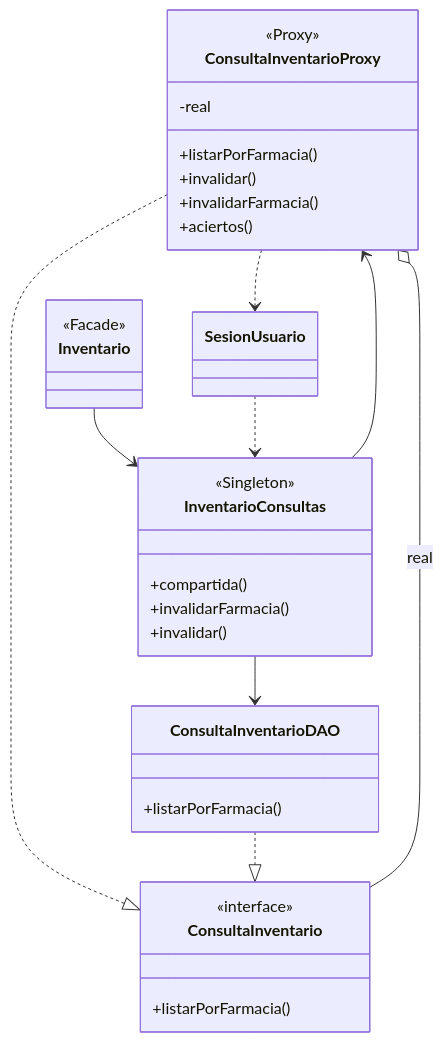
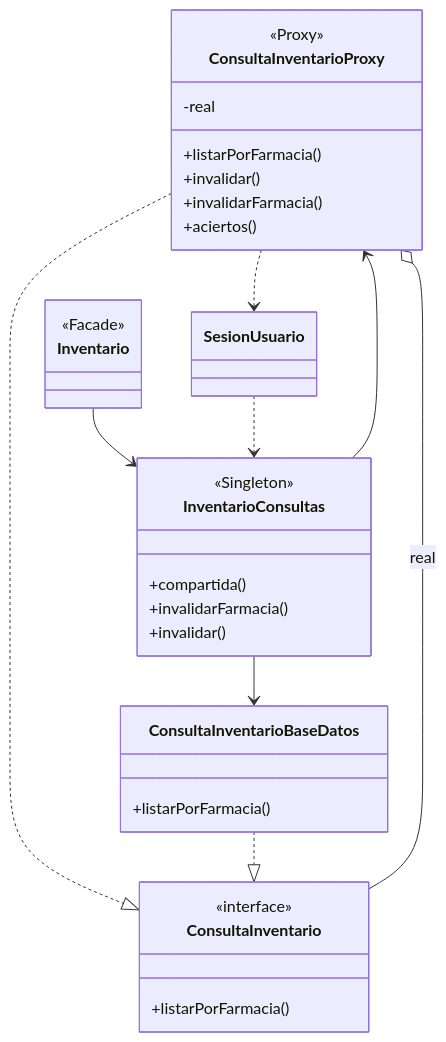
Before and after one commit to puj-course/FIS_2630_1204_G1: the diagram in docs/architecture/design/PATRON_PROXY_CONSULTA_INVENTARIO.md, drawn with Mermaid. The commit also changed other lines of this file and 121 other files, not shown here.

````diff
--- a/docs/architecture/design/PATRON_PROXY_CONSULTA_INVENTARIO.md
+++ b/docs/architecture/design/PATRON_PROXY_CONSULTA_INVENTARIO.md
@@ -13,38 +13,38 @@
 ```mermaid
 classDiagram
     direction TB
     class ConsultaInventario {
         <<interface>>
         +listarPorFarmacia()
     }
     class ConsultaInventarioProxy {
         <<Proxy>>
         -real
         +listarPorFarmacia()
         +invalidar()
         +invalidarFarmacia()
         +aciertos()
     }
-    class ConsultaInventarioDAO {
+    class ConsultaInventarioBaseDatos {
         +listarPorFarmacia()
     }
     class InventarioConsultas {
         <<Singleton>>
         +compartida()
         +invalidarFarmacia()
         +invalidar()
     }
     class Inventario {
         <<Facade>>
     }
     class SesionUsuario
 
     ConsultaInventarioProxy ..|> ConsultaInventario
-    ConsultaInventarioDAO ..|> ConsultaInventario
+    ConsultaInventarioBaseDatos ..|> ConsultaInventario
     ConsultaInventarioProxy o-- ConsultaInventario : real
     InventarioConsultas --> ConsultaInventarioProxy
-    InventarioConsultas --> ConsultaInventarioDAO
+    InventarioConsultas --> ConsultaInventarioBaseDatos
     Inventario --> InventarioConsultas
     ConsultaInventarioProxy ..> SesionUsuario
     SesionUsuario ..> InventarioConsultas
 ```
````
